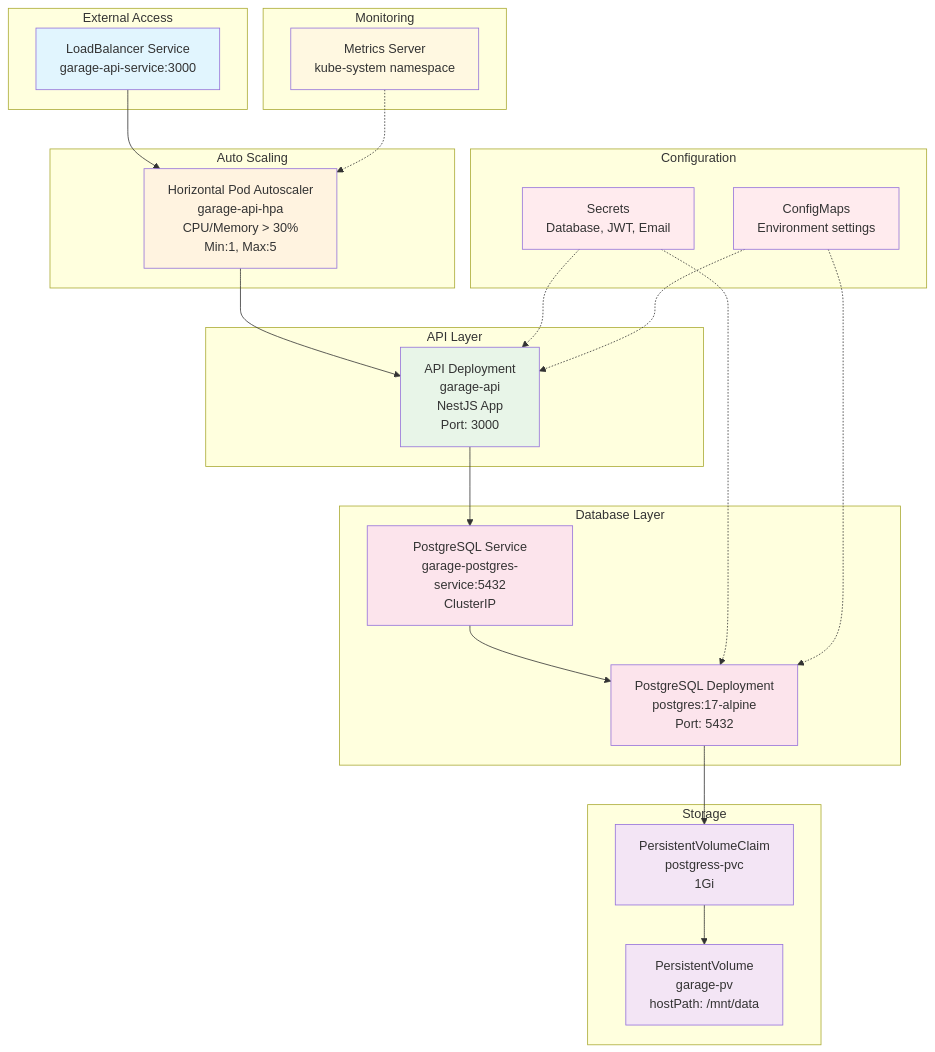
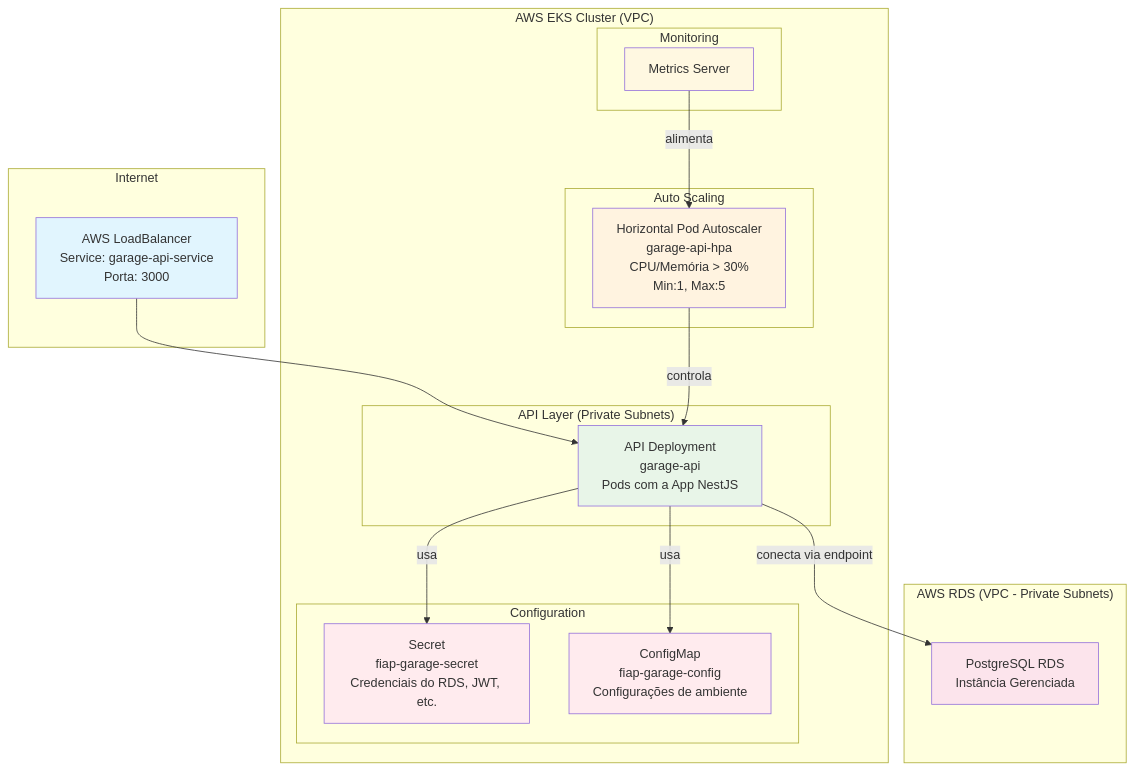
One commit to 12SOAT-Workshop-FIAP/garage-management-system changed the diagram in k8s/README-KUBERNETES.md. Above: the diagram before and after it, drawn with Mermaid. The commit also changed other lines of this file and 1 other file, not shown here.

Commit message:
fix: change readme from infra and k8s to refletcs alterations

````diff
--- a/k8s/README-KUBERNETES.md
+++ b/k8s/README-KUBERNETES.md
@@ -5,57 +9,45 @@
 ```mermaid
-graph TB
-    subgraph "External Access"
-        LB[LoadBalancer Service<br/>garage-api-service:3000]
+graph TD
+    subgraph "Internet"
+        LB[AWS LoadBalancer<br/>Service: garage-api-service<br/>Porta: 3000]
     end
 
-    subgraph "Auto Scaling"
-        HPA[Horizontal Pod Autoscaler<br/>garage-api-hpa<br/>CPU/Memory > 30%<br/>Min:1, Max:5]
+    subgraph "AWS EKS Cluster (VPC)"
+        subgraph "Auto Scaling"
+            HPA[Horizontal Pod Autoscaler<br/>garage-api-hpa<br/>CPU/Memória > 30%<br/>Min:1, Max:5]
+        end
+
+        subgraph "API Layer (Private Subnets)"
+            API[API Deployment<br/>garage-api<br/>Pods com a App NestJS]
+        end
+
+        subgraph "Configuration"
+            SEC[Secret<br/>fiap-garage-secret<br/>Credenciais do RDS, JWT, etc.]
+            CM[ConfigMap<br/>fiap-garage-config<br/>Configurações de ambiente]
+        end
+
+        subgraph "Monitoring"
+            MS[Metrics Server]
+        end
+
+        LB --> API
+        HPA -- controla --> API
+        API -- usa --> SEC
+        API -- usa --> CM
+        MS -- alimenta --> HPA
     end
 
-    subgraph "API Layer"
-        API[API Deployment<br/>garage-api<br/>NestJS App<br/>Port: 3000]
+    subgraph "AWS RDS (VPC - Private Subnets)"
+        RDS[PostgreSQL RDS<br/>Instância Gerenciada]
     end
 
-    subgraph "Database Layer"
-        SVC[PostgreSQL Service<br/>garage-postgres-service:5432<br/>ClusterIP]
-        DB[PostgreSQL Deployment<br/>postgres:17-alpine<br/>Port: 5432]
-    end
-
-    subgraph "Storage"
-        PVC[PersistentVolumeClaim<br/>postgress-pvc<br/>1Gi]
-        PV[PersistentVolume<br/>garage-pv<br/>hostPath: /mnt/data]
-    end
-
-    subgraph "Monitoring"
-        MS[Metrics Server<br/>kube-system namespace]
-    end
-
-    subgraph "Configuration"
-        SEC[Secrets<br/>Database, JWT, Email]
-        CM[ConfigMaps<br/>Environment settings]
-    end
-
-    LB --> HPA
-    HPA --> API
-    API --> SVC
-    SVC --> DB
-    DB --> PVC
-    PVC --> PV
-
-    MS -.-> HPA
-    SEC -.-> API
-    CM -.-> API
-    SEC -.-> DB
-    CM -.-> DB
+    API -- conecta via endpoint --> RDS
 
     style LB fill:#e1f5fe
     style HPA fill:#fff3e0
     style API fill:#e8f5e8
-    style SVC fill:#fce4ec
-    style DB fill:#fce4ec
-    style PVC fill:#f3e5f5
-    style PV fill:#f3e5f5
+    style RDS fill:#fce4ec
     style MS fill:#fff8e1
     style SEC fill:#ffebee
     style CM fill:#ffebee
 ```
````
